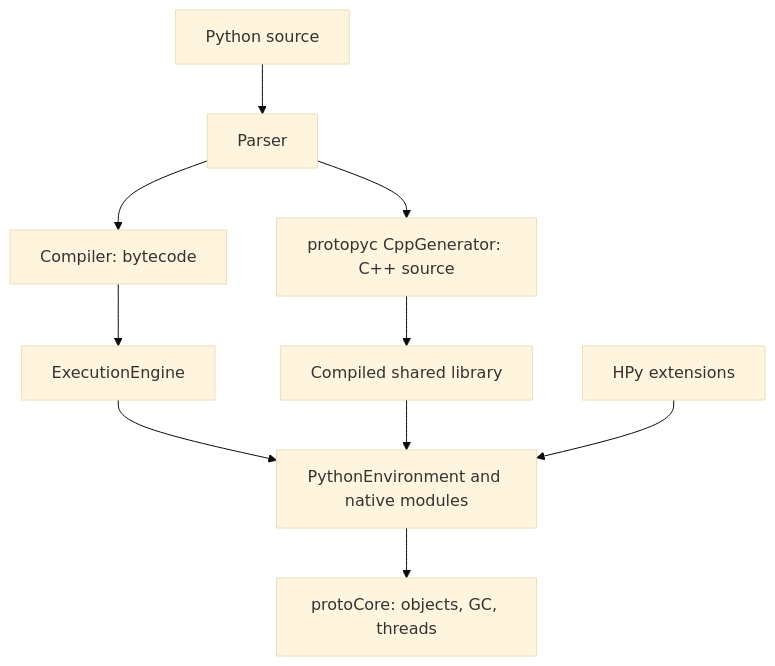
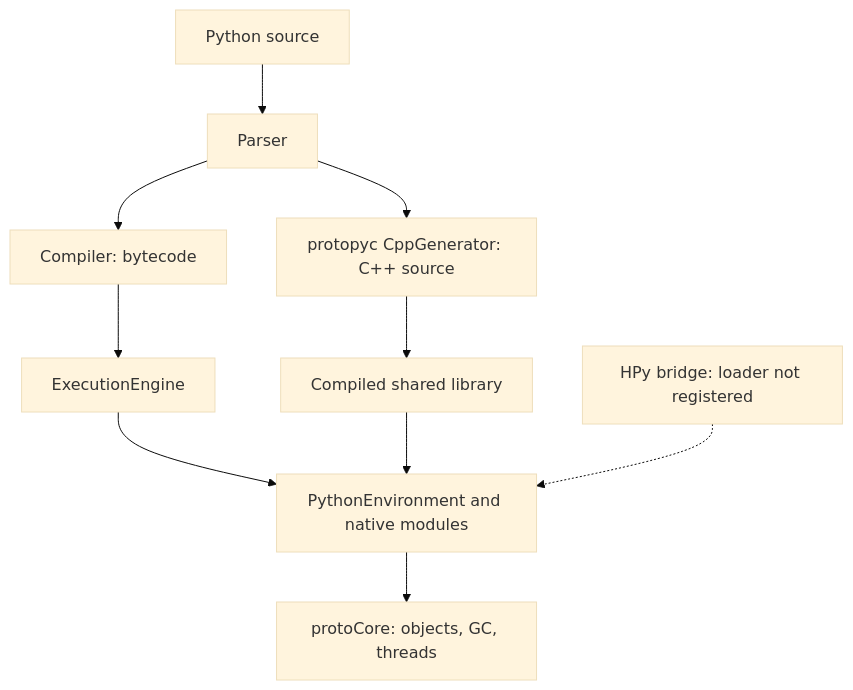
One commit to gamarino/protoPython changed the diagram in README.md. Above: the diagram before and after it, drawn with Mermaid (base theme). The commit also changed other lines of this file, not shown here.

First line of the commit message:
docs(readme): describe the HPy bridge as not yet enabled

````diff
--- a/README.md
+++ b/README.md
@@ -296,12 +297,12 @@
 ```mermaid
 graph TD
     A[Python source] --> B[Parser]
     B --> C[Compiler: bytecode]
     B --> H[protopyc CppGenerator: C++ source]
     C --> D[ExecutionEngine]
     H --> I[Compiled shared library]
     D --> E[PythonEnvironment and native modules]
     I --> E
-    J[HPy extensions] --> E
+    J[HPy bridge: loader not registered] -.-> E
     E --> F[protoCore: objects, GC, threads]
 ```
````
